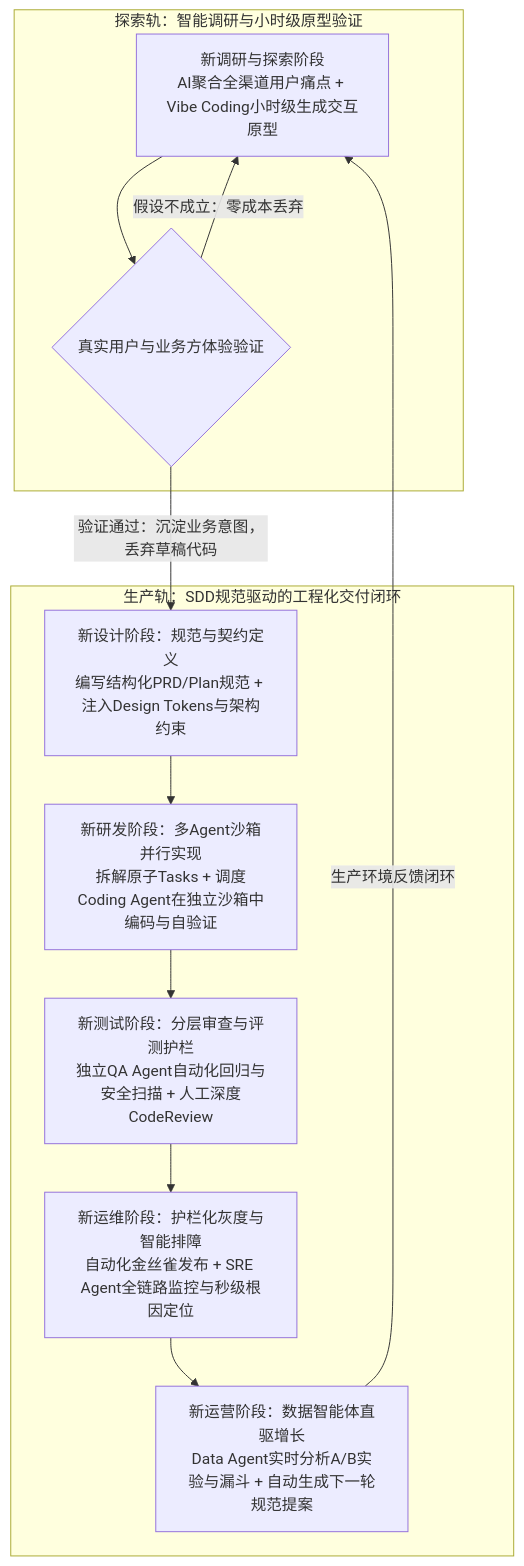
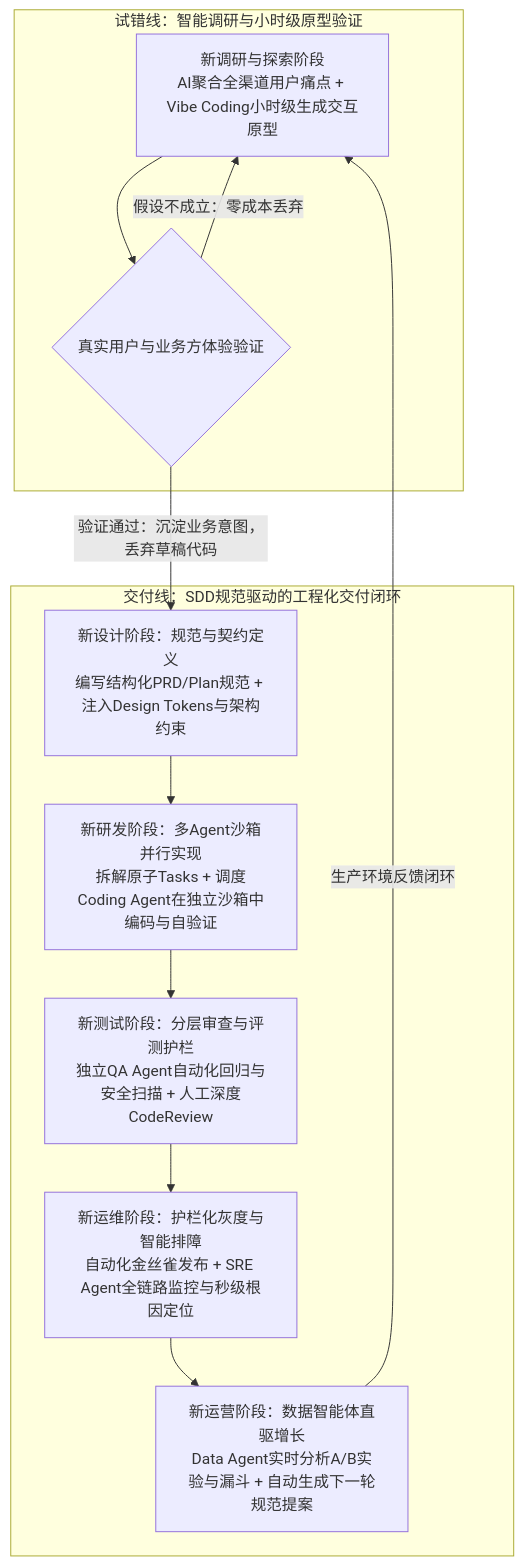
One commit to gqcn/johns-blog changed the fourth of 5 diagrams in docs/docs/1000-AI技术/200-应用开发/400-工程管理与实践/10000-AI时代的软件工程管理：角色重构、生命周期演进与治理新范式.md. Above: the diagram before and after it, drawn with Mermaid. The commit also changed other lines of this file and 7 other files, not shown here.

````diff
--- a/docs/docs/1000-AI技术/200-应用开发/400-工程管理与实践/10000-AI时代的软件工程管理：角色重构、生命周期演进与治理新范式.md
+++ b/docs/docs/1000-AI技术/200-应用开发/400-工程管理与实践/10000-AI时代的软件工程管理：角色重构、生命周期演进与治理新范式.md
@@ -376,18 +371,18 @@
 ```mermaid
 flowchart TD
-    subgraph explore ["探索轨：智能调研与小时级原型验证"]
+    subgraph explore ["试错线：智能调研与小时级原型验证"]
         S1["新调研与探索阶段<br/>AI聚合全渠道用户痛点 + Vibe Coding小时级生成交互原型"]
         S1 --> S1_Check{真实用户与业务方体验验证}
         S1_Check -->|假设不成立：零成本丢弃| S1
     end
-    subgraph deliver ["生产轨：SDD规范驱动的工程化交付闭环"]
+    subgraph deliver ["交付线：SDD规范驱动的工程化交付闭环"]
         S2["新设计阶段：规范与契约定义<br/>编写结构化PRD/Plan规范 + 注入Design Tokens与架构约束"]
         S3["新研发阶段：多Agent沙箱并行实现<br/>拆解原子Tasks + 调度Coding Agent在独立沙箱中编码与自验证"]
         S4["新测试阶段：分层审查与评测护栏<br/>独立QA Agent自动化回归与安全扫描 + 人工深度CodeReview"]
         S5["新运维阶段：护栏化灰度与智能排障<br/>自动化金丝雀发布 + SRE Agent全链路监控与秒级根因定位"]
         S6["新运营阶段：数据智能体直驱增长<br/>Data Agent实时分析A/B实验与漏斗 + 自动生成下一轮规范提案"]
         S2 --> S3 --> S4 --> S5 --> S6
     end
     S1_Check -->|验证通过：沉淀业务意图，丢弃草稿代码| S2
     S6 -->|生产环境反馈闭环| S1
 ```
````
